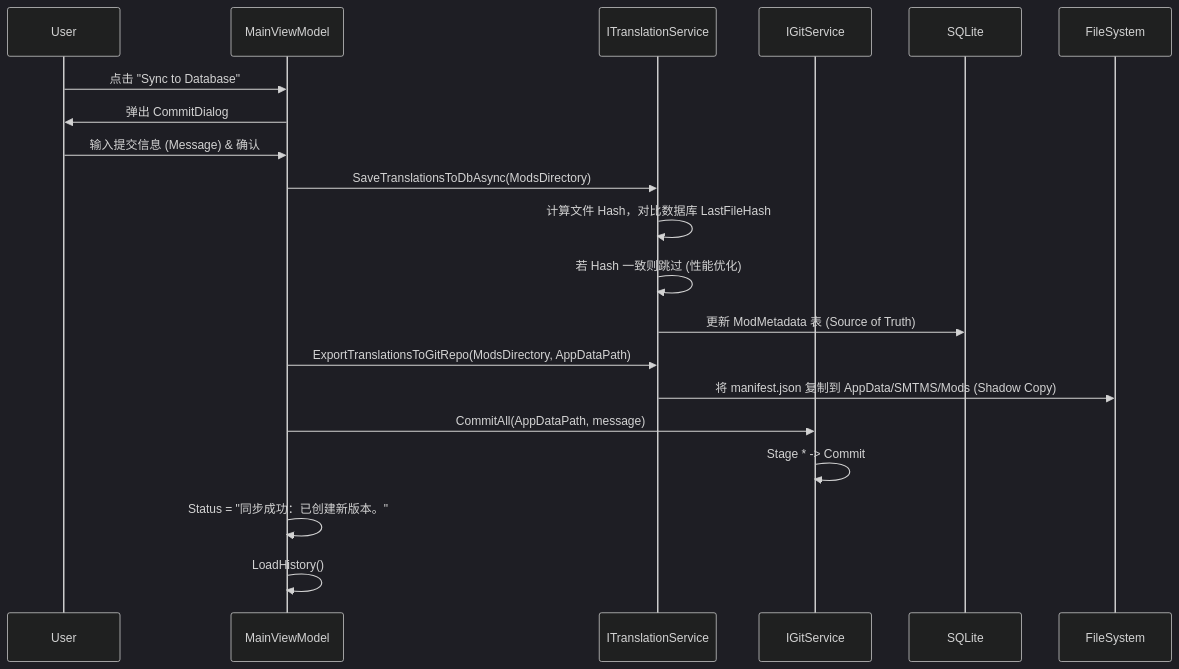
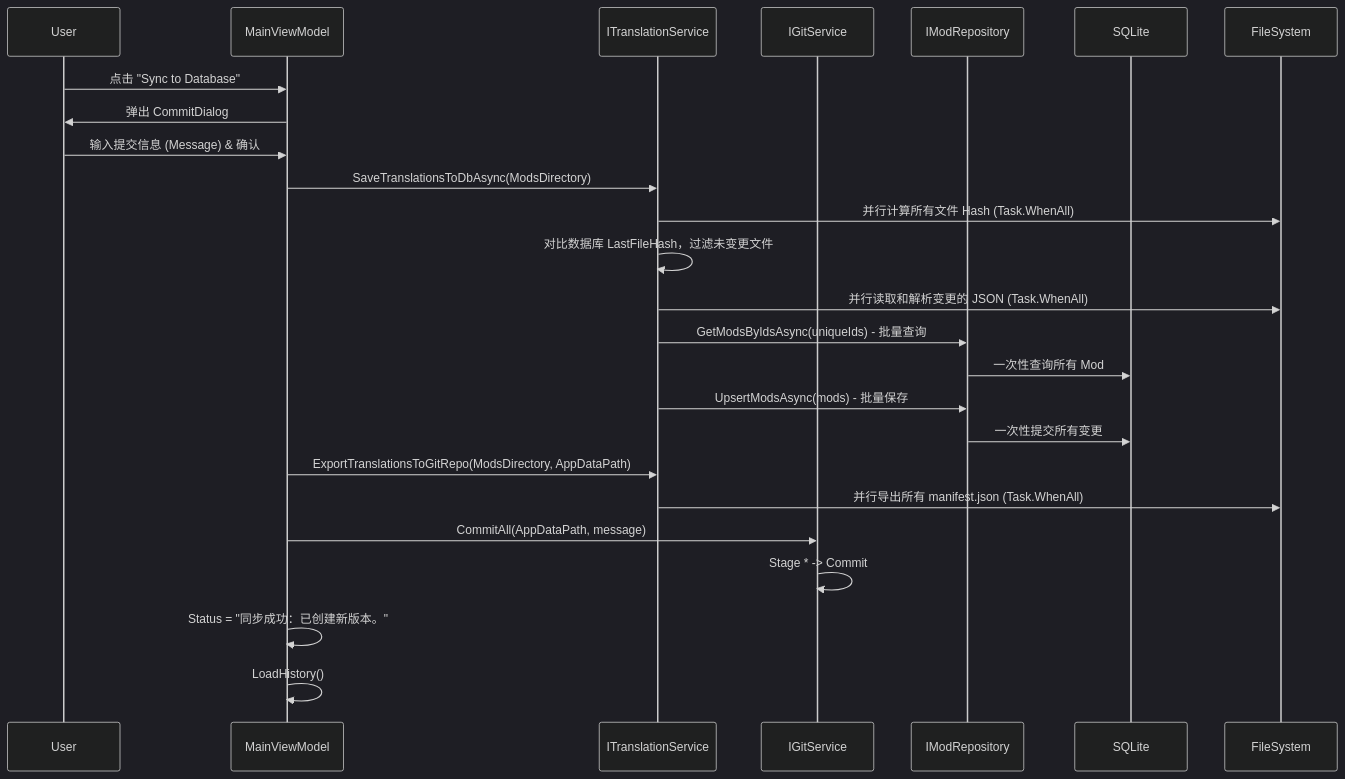
One commit to Sisyphean-a/SMTMS changed the eighth of 11 diagrams in docs/ARCHITECTURE.md. Above: the diagram before and after it, drawn with Mermaid (dark theme). The commit also changed other lines of this file and 5 other files, not shown here.

````diff
--- a/docs/ARCHITECTURE.md
+++ b/docs/ARCHITECTURE.md
@@ -225,27 +234,32 @@
 ```mermaid
 sequenceDiagram
     participant U as User
     participant VM as MainViewModel
     participant TS as ITranslationService
     participant GB as IGitService
+    participant Repo as IModRepository
     participant DB as SQLite
     participant FS as FileSystem
 
     U->>VM: 点击 "Sync to Database"
     VM->>U: 弹出 CommitDialog
     U->>VM: 输入提交信息 (Message) & 确认
 
     VM->>TS: SaveTranslationsToDbAsync(ModsDirectory)
-    TS->>TS: 计算文件 Hash，对比数据库 LastFileHash
-    TS->>TS: 若 Hash 一致则跳过 (性能优化)
-    TS->>DB: 更新 ModMetadata 表 (Source of Truth)
+    TS->>FS: 并行计算所有文件 Hash (Task.WhenAll)
+    TS->>TS: 对比数据库 LastFileHash，过滤未变更文件
+    TS->>FS: 并行读取和解析变更的 JSON (Task.WhenAll)
+    TS->>Repo: GetModsByIdsAsync(uniqueIds) - 批量查询
+    Repo->>DB: 一次性查询所有 Mod
+    TS->>Repo: UpsertModsAsync(mods) - 批量保存
+    Repo->>DB: 一次性提交所有变更
 
     VM->>TS: ExportTranslationsToGitRepo(ModsDirectory, AppDataPath)
-    TS->>FS: 将 manifest.json 复制到 AppData/SMTMS/Mods (Shadow Copy)
+    TS->>FS: 并行导出所有 manifest.json (Task.WhenAll)
 
     VM->>GB: CommitAll(AppDataPath, message)
     GB->>GB: Stage * -> Commit
 
     VM->>VM: Status = "同步成功：已创建新版本。"
     VM->>VM: LoadHistory()
 ```
````
